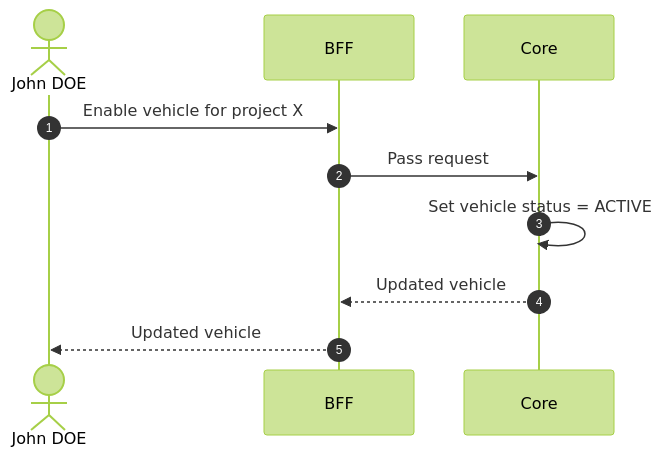
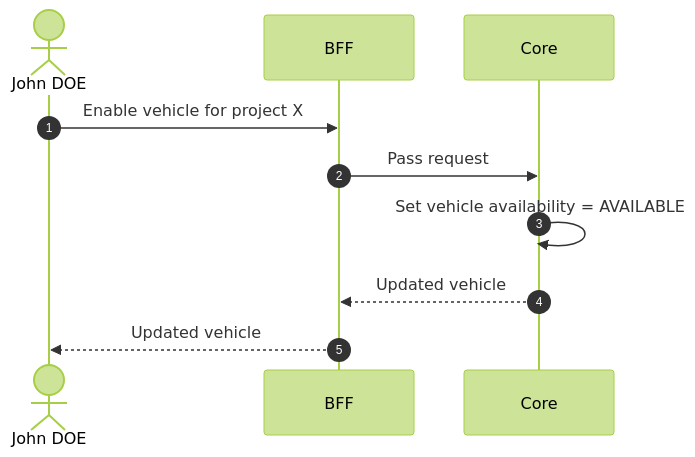
The diagram in functional/features/enable-vehicle.md (laucoin/my-project--documentation), drawn with Mermaid (forest theme) before and after one commit. The commit also changed 60 other files, not shown here.

````diff
--- a/functional/features/enable-vehicle.md
+++ b/functional/features/enable-vehicle.md
@@ -42,10 +42,10 @@
 ```mermaid
 sequenceDiagram
     autonumber
     actor John DOE
     John DOE ->> BFF: Enable vehicle for project X
     BFF ->> Core: Pass request
-    Core ->> Core: Set vehicle status = ACTIVE
+    Core ->> Core: Set vehicle availability = AVAILABLE
     Core -->> BFF: Updated vehicle
     BFF -->> John DOE: Updated vehicle
 ```
````
